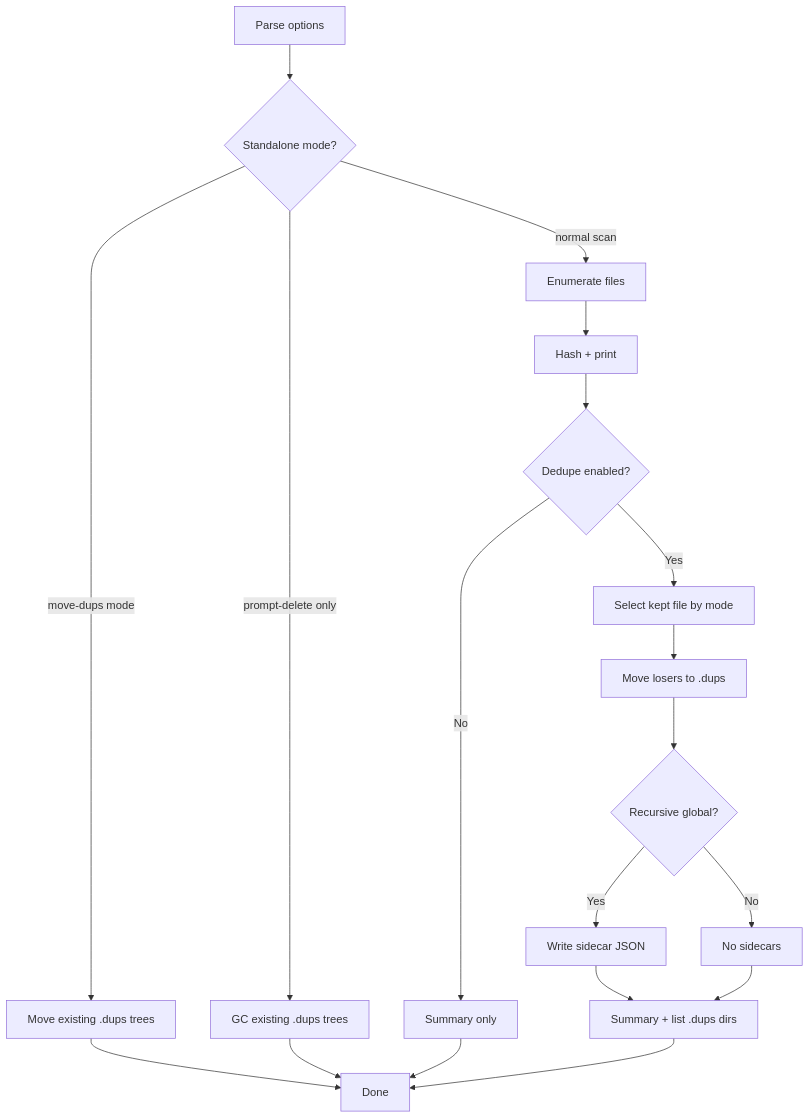
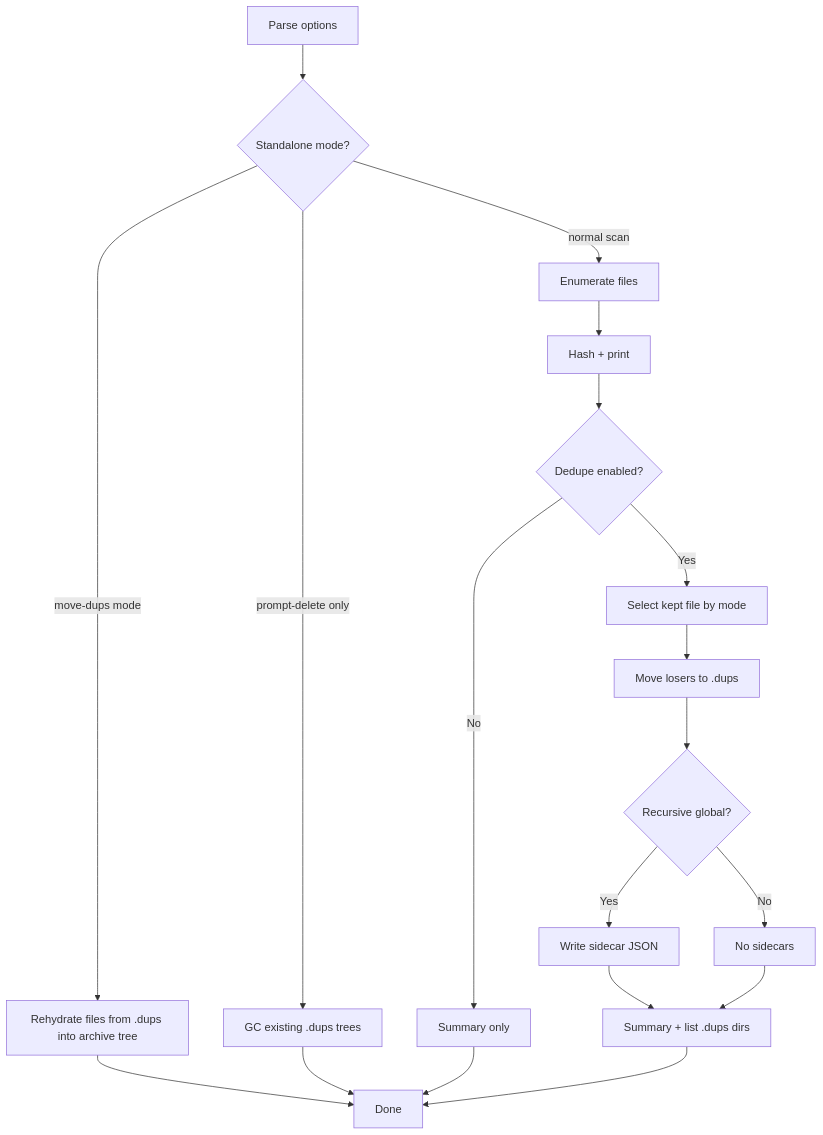
One commit to ngpepin/lshash changed the second of 15 diagrams in ARCHITECTURE.md. Above: the diagram before and after it, drawn with Mermaid. The commit also changed other lines of this file and 5 other files, not shown here.

````diff
--- a/ARCHITECTURE.md
+++ b/ARCHITECTURE.md
@@ -31,21 +31,21 @@
 ```mermaid
 flowchart TD
   A[Parse options] --> B{Standalone mode?}
-  B -->|move-dups mode| C[Move existing .dups trees]
+   B -->|move-dups mode| C[Rehydrate files from .dups into archive tree]
   B -->|prompt-delete only| D[GC existing .dups trees]
   B -->|normal scan| E[Enumerate files]
   E --> F[Hash + print]
   F --> G{Dedupe enabled?}
   G -->|No| H[Summary only]
   G -->|Yes| I[Select kept file by mode]
   I --> J[Move losers to .dups]
   J --> K{Recursive global?}
   K -->|Yes| L[Write sidecar JSON]
   K -->|No| M[No sidecars]
   L --> N[Summary + list .dups dirs]
   M --> N
   C --> O[Done]
   D --> O
   H --> O
   N --> O
 ```
````
